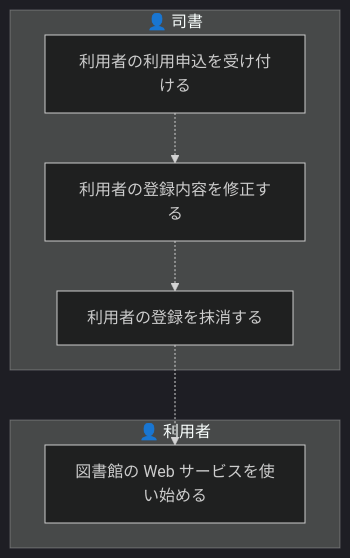
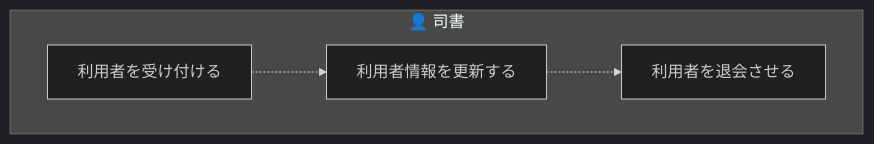
Before and after one commit to suwa-sh/suwa-sh-claude-plugins: the third of 11 diagrams in samples/distillery2/library-loan/docs/requirements/rdra/views/03_業務フロー.md, drawn with Mermaid (dark theme). The commit also changed other lines of this file and 249 other files, not shown here.

````diff
--- a/samples/distillery2/library-loan/docs/requirements/rdra/views/03_業務フロー.md
+++ b/samples/distillery2/library-loan/docs/requirements/rdra/views/03_業務フロー.md
@@ -60,14 +58,10 @@
 ```mermaid
 graph TD
   subgraph LN1["👤 司書"]
-    AT1["利用者の利用申込を受け付ける"]
-    AT2["利用者の登録内容を修正する"]
-    AT3["利用者の登録を抹消する"]
-  end
-  subgraph LN2["👤 利用者"]
-    AT4["図書館の Web サービスを使い始める"]
+    AT1["利用者を受け付ける"]
+    AT2["利用者情報を更新する"]
+    AT3["利用者を退会させる"]
   end
   AT1 -.-> AT2
   AT2 -.-> AT3
-  AT3 -.-> AT4
 ```
````
